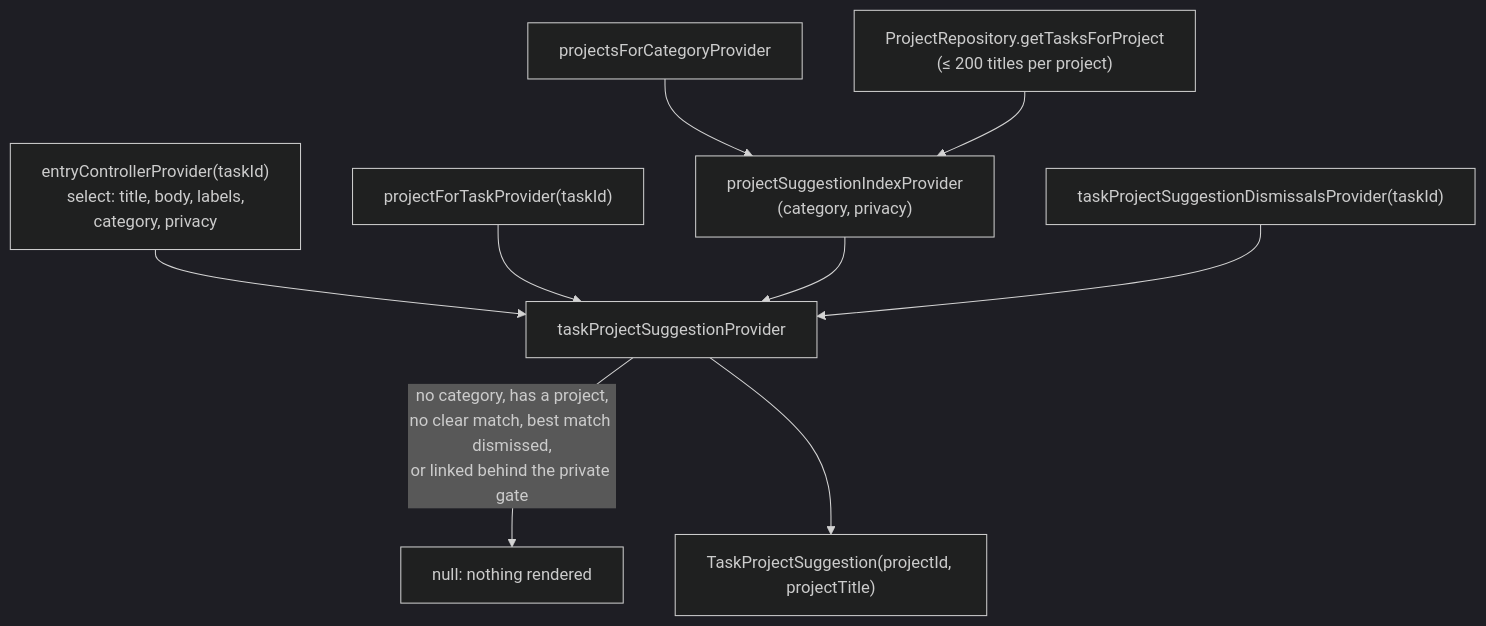
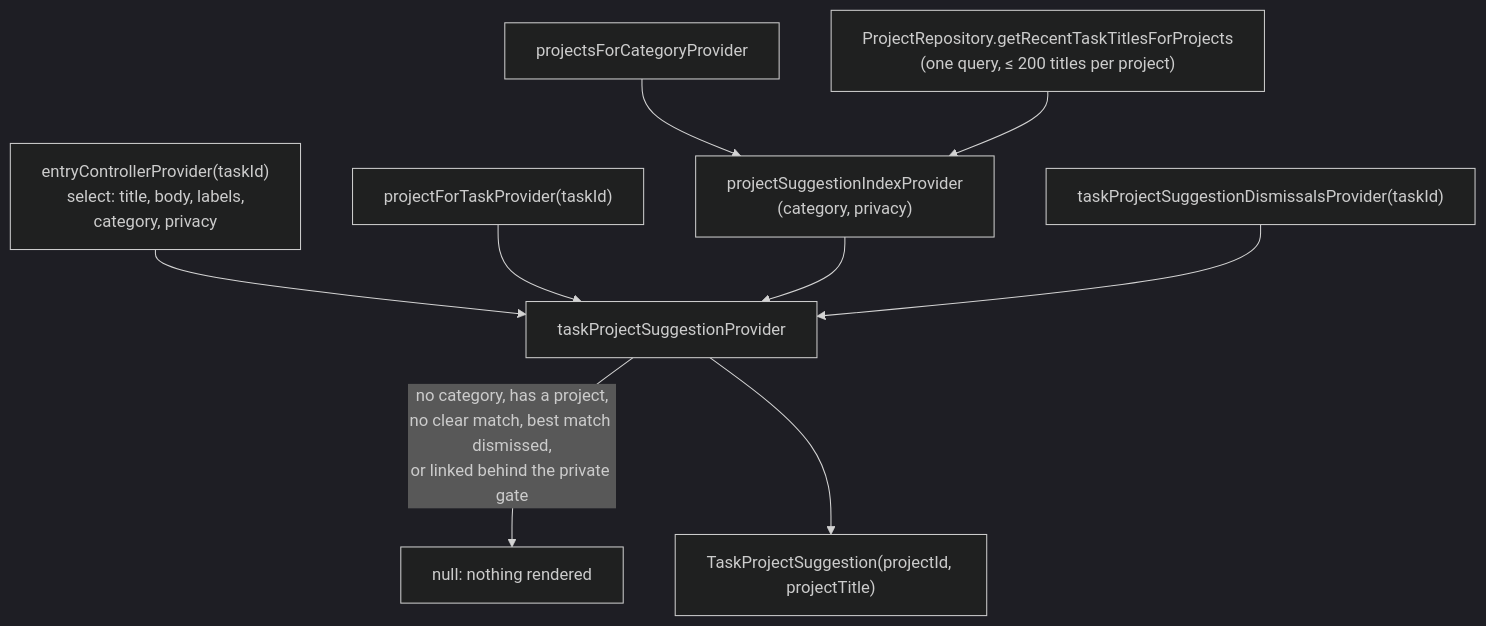
Before and after one commit to matthiasn/lotti: the second of 5 diagrams in knowledge/features/tasks/detail-composition.md, drawn with Mermaid (dark theme). The commit also changed other lines of this file and 9 other files, not shown here.

Commit message:
fix(tasks): accepting a suggestion never moves a task; bound the history read in SQL

````diff
--- a/knowledge/features/tasks/detail-composition.md
+++ b/knowledge/features/tasks/detail-composition.md
@@ -348,11 +348,11 @@
 ```mermaid
 flowchart TD
   E["entryControllerProvider(taskId)<br/>select: title, body, labels,<br/>category, privacy"] --> S[taskProjectSuggestionProvider]
   P["projectForTaskProvider(taskId)"] --> S
   I["projectSuggestionIndexProvider<br/>(category, privacy)"] --> S
   D["taskProjectSuggestionDismissalsProvider(taskId)"] --> S
   PC["projectsForCategoryProvider"] --> I
-  R["ProjectRepository.getTasksForProject<br/>(≤ 200 titles per project)"] --> I
+  R["ProjectRepository.getRecentTaskTitlesForProjects<br/>(one query, ≤ 200 titles per project)"] --> I
   S -->|"no category, has a project,<br/>no clear match, best match dismissed,<br/>or linked behind the private gate"| N[null: nothing rendered]
   S --> O["TaskProjectSuggestion(projectId, projectTitle)"]
 ```
````
